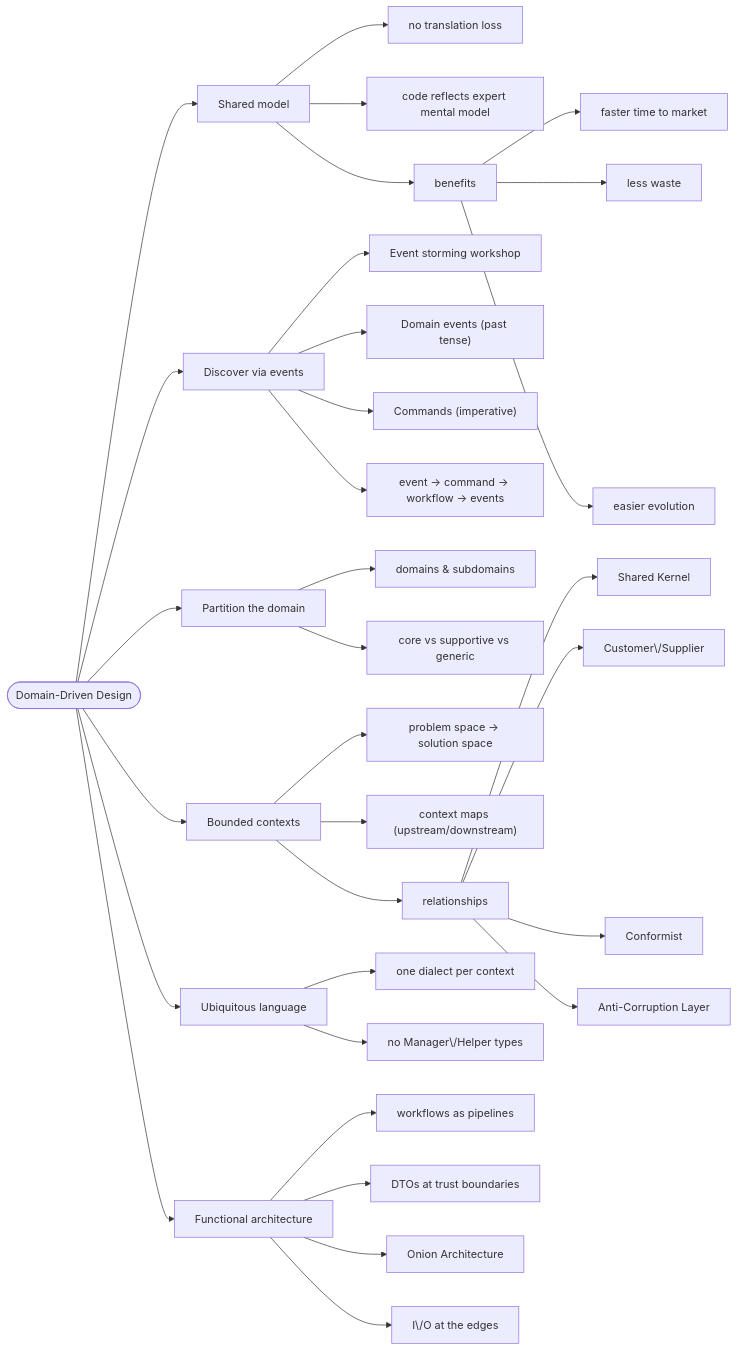
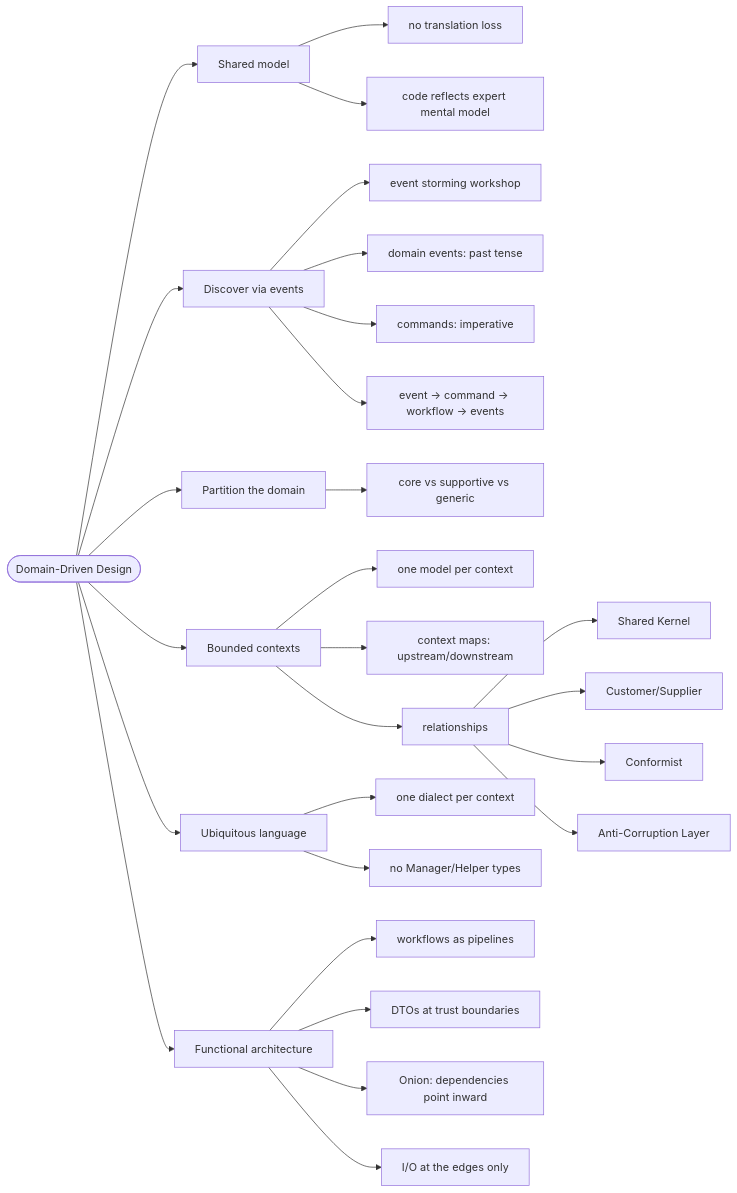
One commit to 42WASD/42wasd-community-web changed the diagram in docs/knowledge/domain-driven-design/index.md. Above: the diagram before and after it, drawn with Mermaid. The commit also changed other lines of this file and 27 other files, not shown here.

````diff
--- a/docs/knowledge/domain-driven-design/index.md
+++ b/docs/knowledge/domain-driven-design/index.md
@@ -11,66 +12,56 @@
 ```mermaid
 flowchart LR
     n1(["Domain-Driven Design"])
     n2["Shared model"]
     n3["no translation loss"]
     n4["code reflects expert mental model"]
-    n5["benefits"]
-    n6["faster time to market"]
-    n7["less waste"]
-    n8["easier evolution"]
-    n9["Discover via events"]
-    n10["Event storming workshop"]
-    n11["Domain events (past tense)"]
-    n12["Commands (imperative)"]
-    n13["event → command → workflow → events"]
-    n14["Partition the domain"]
-    n15["domains &amp; subdomains"]
-    n16["core vs supportive vs generic"]
-    n17["Bounded contexts"]
-    n18["problem space → solution space"]
-    n19["context maps (upstream/downstream)"]
-    n20["relationships"]
-    n21["Shared Kernel"]
-    n22["Customer\/Supplier"]
-    n23["Conformist"]
-    n24["Anti-Corruption Layer"]
-    n25["Ubiquitous language"]
-    n26["one dialect per context"]
-    n27["no Manager\/Helper types"]
-    n28["Functional architecture"]
-    n29["workflows as pipelines"]
-    n30["DTOs at trust boundaries"]
-    n31["Onion Architecture"]
-    n32["I\/O at the edges"]
+    n5["Discover via events"]
+    n6["event storming workshop"]
+    n7["domain events: past tense"]
+    n8["commands: imperative"]
+    n9["event → command → workflow → events"]
+    n10["Partition the domain"]
+    n11["core vs supportive vs generic"]
+    n12["Bounded contexts"]
+    n13["one model per context"]
+    n14["context maps: upstream/downstream"]
+    n15["relationships"]
+    n16["Shared Kernel"]
+    n17["Customer/Supplier"]
+    n18["Conformist"]
+    n19["Anti-Corruption Layer"]
+    n20["Ubiquitous language"]
+    n21["one dialect per context"]
+    n22["no Manager/Helper types"]
+    n23["Functional architecture"]
+    n24["workflows as pipelines"]
+    n25["DTOs at trust boundaries"]
+    n26["Onion: dependencies point inward"]
+    n27["I/O at the edges only"]
     n1 --> n2
     n2 --> n3
     n2 --> n4
-    n2 --> n5
+    n1 --> n5
     n5 --> n6
     n5 --> n7
     n5 --> n8
-    n1 --> n9
-    n9 --> n10
-    n9 --> n11
-    n9 --> n12
-    n9 --> n13
-    n1 --> n14
-    n14 --> n15
-    n14 --> n16
-    n1 --> n17
-    n17 --> n18
-    n17 --> n19
-    n17 --> n20
+    n5 --> n9
+    n1 --> n10
+    n10 --> n11
+    n1 --> n12
+    n12 --> n13
+    n12 --> n14
+    n12 --> n15
+    n15 --> n16
+    n15 --> n17
+    n15 --> n18
+    n15 --> n19
+    n1 --> n20
     n20 --> n21
     n20 --> n22
-    n20 --> n23
-    n20 --> n24
-    n1 --> n25
-    n25 --> n26
-    n25 --> n27
-    n1 --> n28
-    n28 --> n29
-    n28 --> n30
-    n28 --> n31
-    n28 --> n32
+    n1 --> n23
+    n23 --> n24
+    n23 --> n25
+    n23 --> n26
+    n23 --> n27
 ```
````
